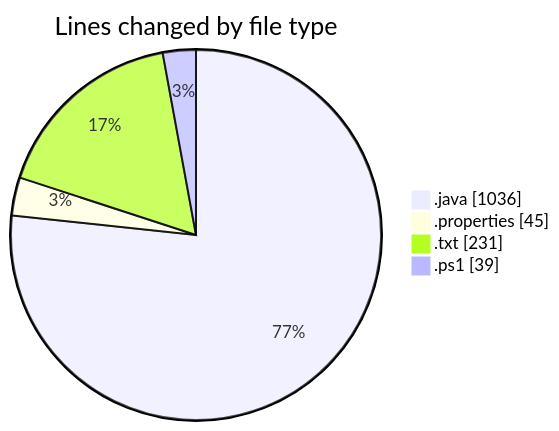
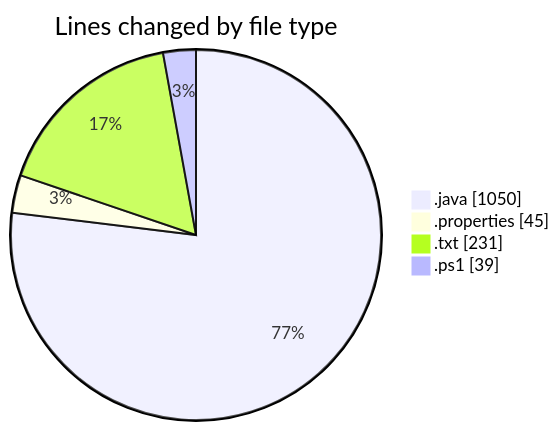
Before and after one commit to ricardozamudiocil/code-tracking: the first of 2 diagrams in 2026-03-03/cilapp/README.md, drawn with Mermaid. The commit also changed other lines of this file and 1 other file, not shown here.

````diff
--- a/2026-03-03/cilapp/README.md
+++ b/2026-03-03/cilapp/README.md
@@ -27,8 +27,8 @@
 ```mermaid
 pie showData
 title Lines changed by file type
-".java" : 1036
+".java" : 1050
 ".properties" : 45
 ".txt" : 231
 ".ps1" : 39
 ```
````
